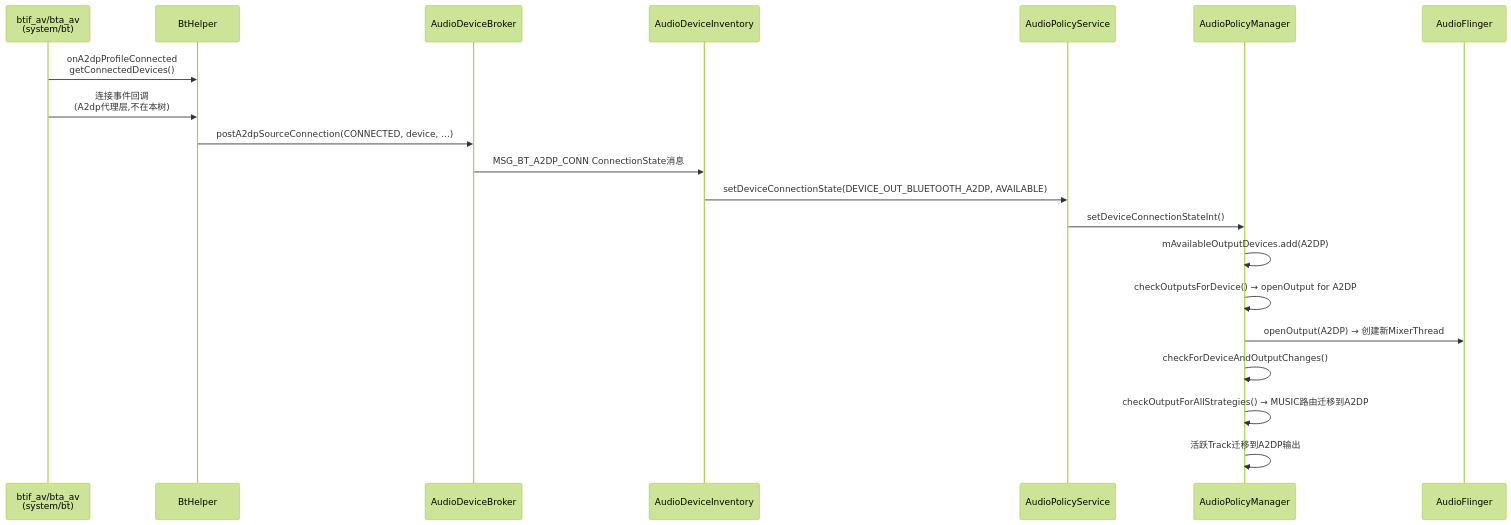
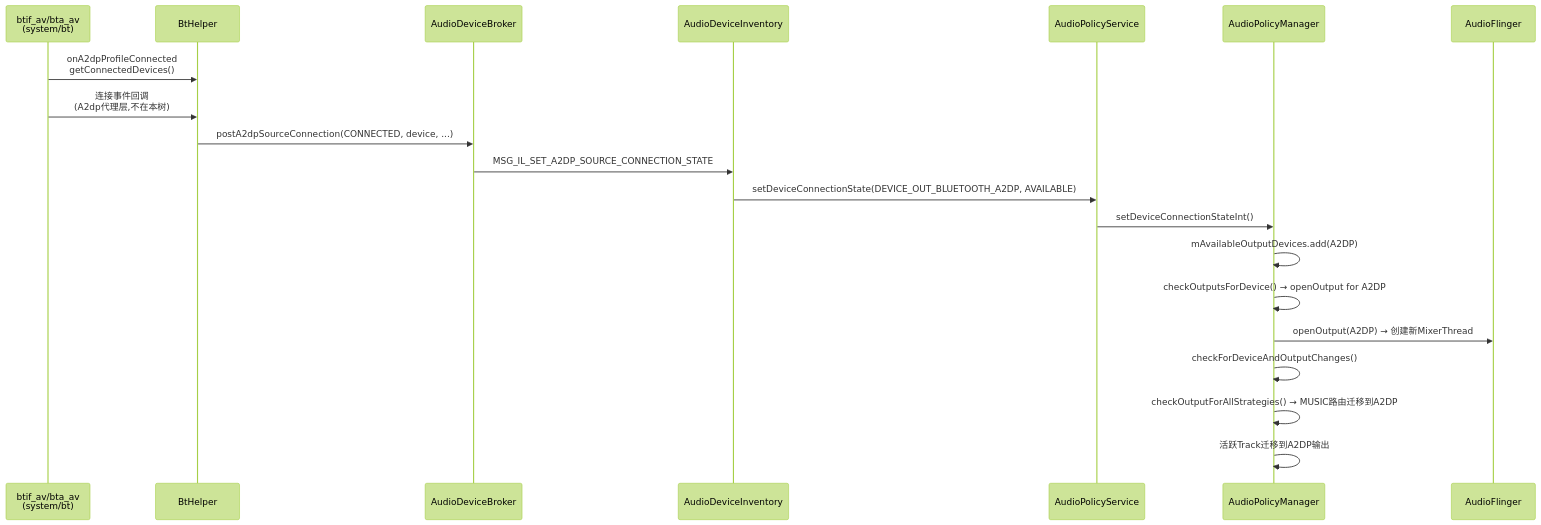
The second of 6 diagrams in 14_Bluetooth_Audio/14_14.2_A2DP-高级音频分发协议.md (yanglinzhen1022/SA8295_AAOS_QNX_Audio_KnowledgeBase), drawn with Mermaid (forest theme) before and after one commit. The commit also changed other lines of this file and 10 other files, not shown here.

````diff
--- a/14_Bluetooth_Audio/14_14.2_A2DP-高级音频分发协议.md
+++ b/14_Bluetooth_Audio/14_14.2_A2DP-高级音频分发协议.md
@@ -79,23 +79,23 @@
 ```mermaid
 sequenceDiagram
     participant BT as btif_av/bta_av<br>(system/bt)
     participant BTH as BtHelper
     participant ADB as AudioDeviceBroker
     participant ADI as AudioDeviceInventory
     participant APS as AudioPolicyService
     participant APM as AudioPolicyManager
     participant AF as AudioFlinger
 
     BT->>BTH: onA2dpProfileConnected<br>getConnectedDevices()
     BT->>BTH: 连接事件回调<br>(A2dp代理层,不在本树)
     BTH->>ADB: postA2dpSourceConnection(CONNECTED, device, ...)
-    ADB->>ADI: MSG_BT_A2DP_CONN ConnectionState消息
+    ADB->>ADI: MSG_IL_SET_A2DP_SOURCE_CONNECTION_STATE
     ADI->>APS: setDeviceConnectionState(DEVICE_OUT_BLUETOOTH_A2DP, AVAILABLE)
     APS->>APM: setDeviceConnectionStateInt()
     APM->>APM: mAvailableOutputDevices.add(A2DP)
     APM->>APM: checkOutputsForDevice() → openOutput for A2DP
     APM->>AF: openOutput(A2DP) → 创建新MixerThread
     APM->>APM: checkForDeviceAndOutputChanges()
     APM->>APM: checkOutputForAllStrategies() → MUSIC路由迁移到A2DP
     APM->>APM: 活跃Track迁移到A2DP输出
 ```
````
